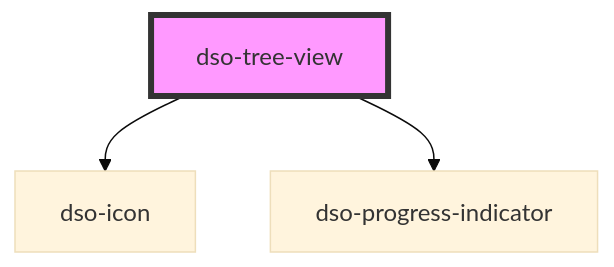
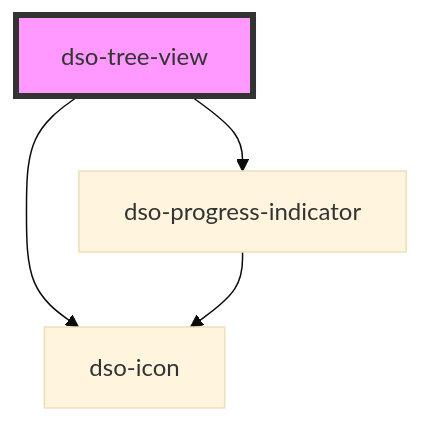
The diagram in packages/core/src/components/tree-view/readme.md (dso-toolkit/dso-toolkit), drawn with Mermaid (base theme) before and after one commit. The commit also changed 10 other files, not shown here.

````diff
--- a/packages/core/src/components/tree-view/readme.md
+++ b/packages/core/src/components/tree-view/readme.md
@@ -50,6 +50,7 @@
 ```mermaid
 graph TD;
   dso-tree-view --> dso-icon
   dso-tree-view --> dso-progress-indicator
+  dso-progress-indicator --> dso-icon
   style dso-tree-view fill:#f9f,stroke:#333,stroke-width:4px
 ```
````
